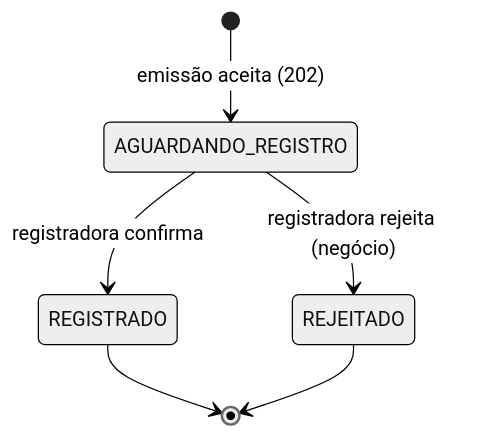
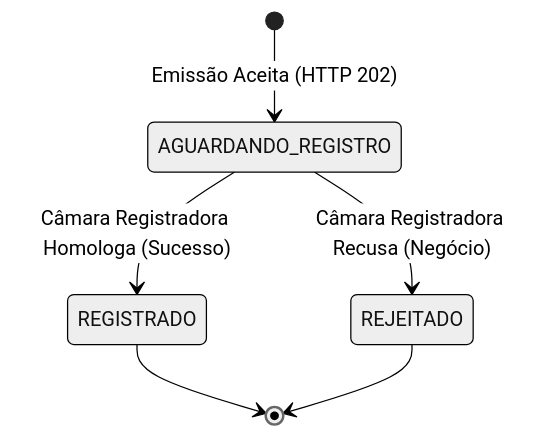
Before and after one commit to Mateustv/projetofinaljava3: the diagram in requisitos/glossario-e-regras.md, drawn with Mermaid (neutral theme). The commit also changed other lines of this file and 20 other files, not shown here.

````diff
--- a/requisitos/glossario-e-regras.md
+++ b/requisitos/glossario-e-regras.md
@@ -7,8 +11,8 @@
 ```mermaid
 stateDiagram-v2
-    [*] --> AGUARDANDO_REGISTRO: emissão aceita (202)
-    AGUARDANDO_REGISTRO --> REGISTRADO: registradora confirma
-    AGUARDANDO_REGISTRO --> REJEITADO: registradora rejeita (negócio)
+    [*] --> AGUARDANDO_REGISTRO: Emissão Aceita (HTTP 202)
+    AGUARDANDO_REGISTRO --> REGISTRADO: Câmara Registradora Homologa (Sucesso)
+    AGUARDANDO_REGISTRO --> REJEITADO: Câmara Registradora Recusa (Negócio)
     REGISTRADO --> [*]
     REJEITADO --> [*]
 ```
````
